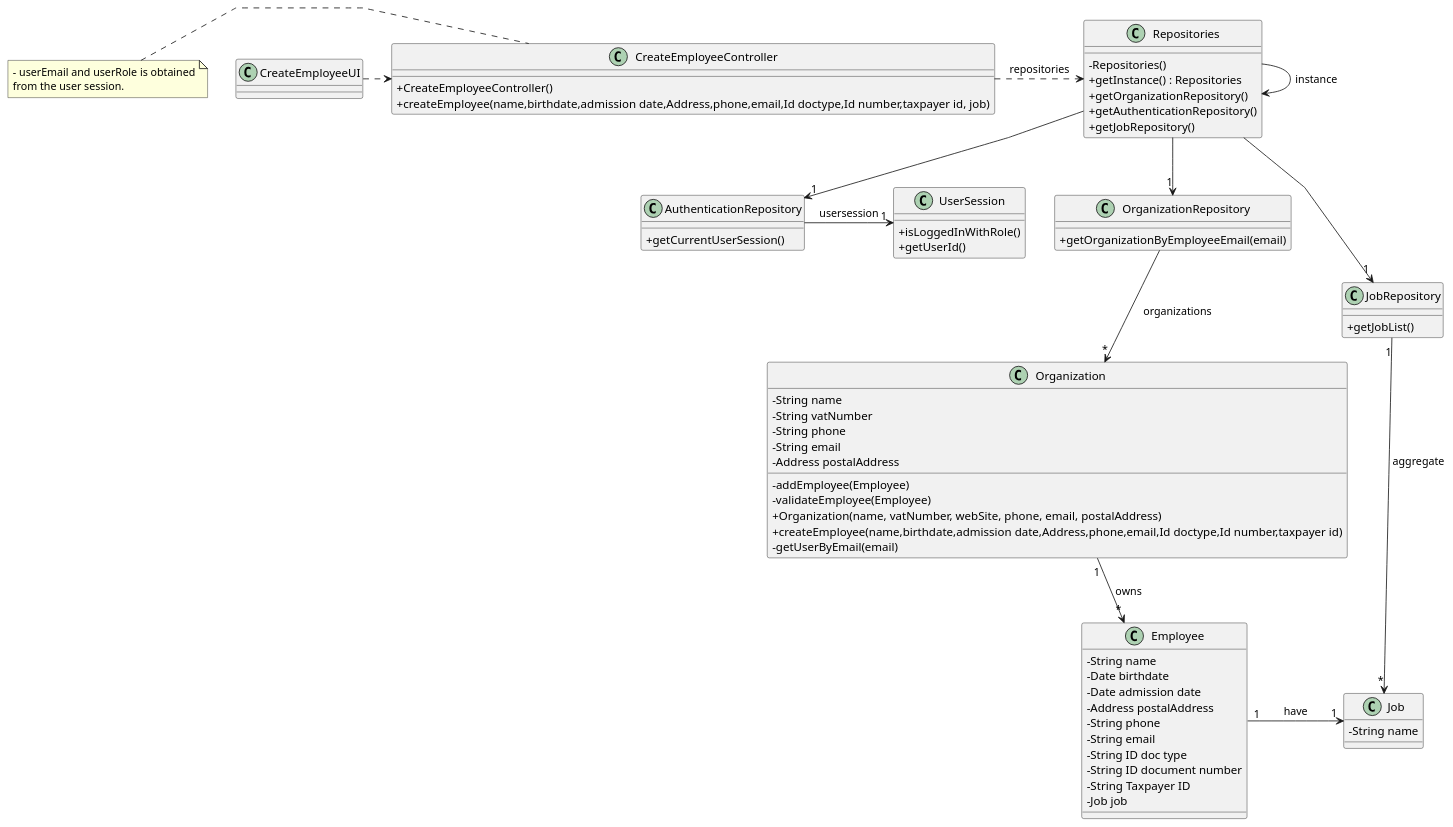
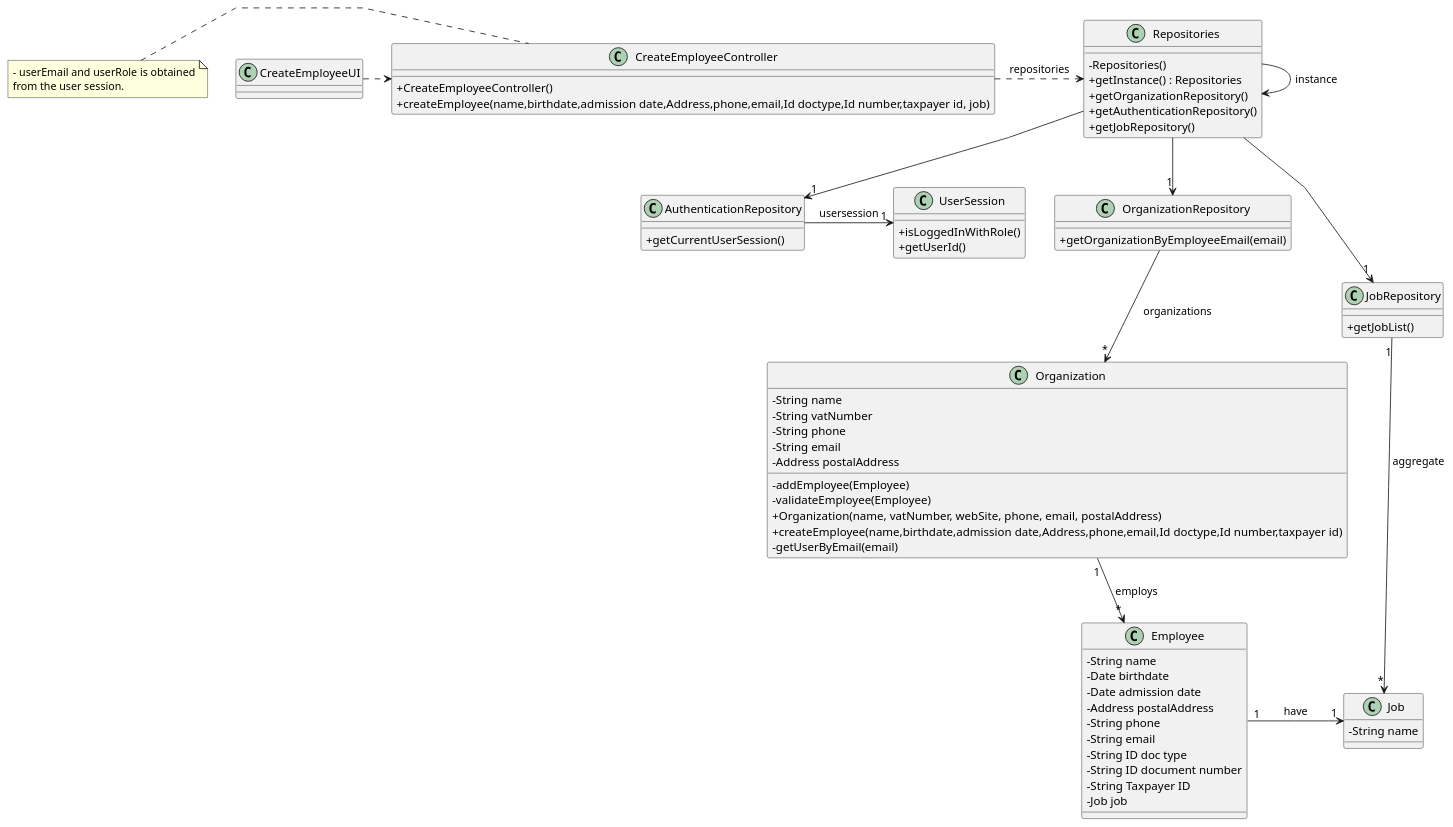
Before and after one commit to Mendoncaa/LAPR2: the diagram in docs/sprintC/us003/03.design/puml/us003-class-diagram.puml, drawn with PlantUML. The commit also changed 4 other files, not shown here.

```diff
--- a/docs/sprintC/us003/03.design/puml/us003-class-diagram.puml
+++ b/docs/sprintC/us003/03.design/puml/us003-class-diagram.puml
@@ -1,105 +1,105 @@
 @startuml
 'skinparam monochrome true
 skinparam packageStyle rectangle
 skinparam shadowing false
 skinparam linetype polyline
 'skinparam linetype orto
 
 skinparam classAttributeIconSize 0
 
 'left to right direction
 
 class AuthenticationRepository
 {
     + getCurrentUserSession()
 }
 
 class UserSession
 {
     + isLoggedInWithRole()
     + getUserId()
 }
 
 
 
 class Job {
     - String name
 }
 
 class Employee {
     - String name
     - Date birthdate
     - Date admission date
     - Address postalAddress
     - String phone
     - String email
     - String ID doc type
     - String ID document number
     - String Taxpayer ID
     - Job job
 }
 
 
 
 class Organization {
     - String name
     - String vatNumber
     - String phone
     - String email
     - Address postalAddress
     - addEmployee(Employee)
     - validateEmployee(Employee)
     + Organization(name, vatNumber, webSite, phone, email, postalAddress)
     + createEmployee(name,birthdate,admission date,Address,phone,email,Id doctype,Id number,taxpayer id)
     - getUserByEmail(email)
 
 }
 
 
 class OrganizationRepository {
     + getOrganizationByEmployeeEmail(email)
 }
 
 class Repositories {
     - Repositories()
     + getInstance() : Repositories
     + getOrganizationRepository()
     + getAuthenticationRepository()
     + getJobRepository()
 }
 class JobRepository{
 
     + getJobList()
 
 }
 
 class CreateEmployeeController {
     + CreateEmployeeController()
     + createEmployee(name,birthdate,admission date,Address,phone,email,Id doctype,Id number,taxpayer id, job)
 
 }
 
 note left of CreateEmployeeController
     - userEmail and userRole is obtained
     from the user session.
 end note
 
 
 class CreateEmployeeUI {
 }
 
 Repositories -> Repositories : instance
 CreateEmployeeUI .> CreateEmployeeController
 CreateEmployeeController .> Repositories : repositories
 Repositories --> "1" OrganizationRepository
 OrganizationRepository --> "*" Organization : organizations
 AuthenticationRepository -> "1" UserSession : usersession
 Repositories --> "1" AuthenticationRepository
 Repositories --> "1" JobRepository
 JobRepository "1" --> "*" Job : aggregate
-Organization "1" --> "*" Employee : owns
+Organization "1" --> "*" Employee : employs
 Employee "1" -> "1" Job : have
 
 
 
 @enduml
```
